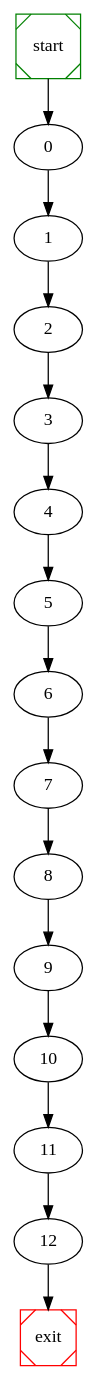
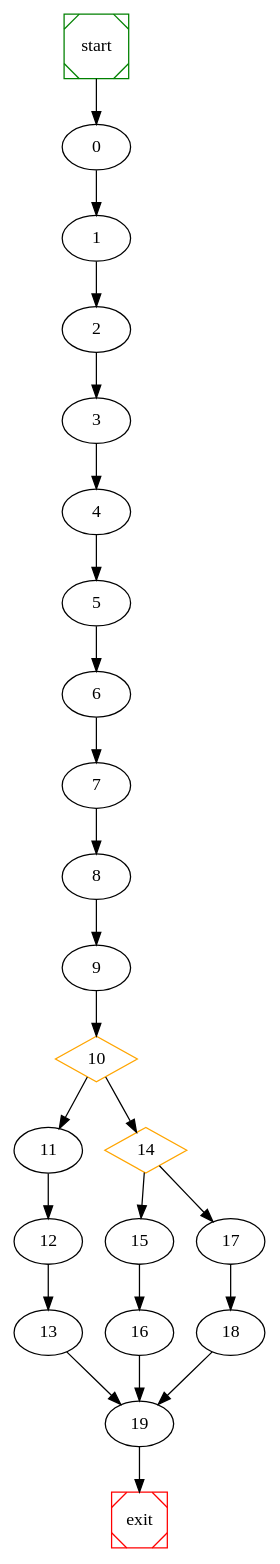
The diagram in wpc/raw_graph.dot (NabeelQaiser/BTP_2k18-19), drawn with Graphviz before and after one commit. The commit also changed 6 other files, not shown here.

```diff
--- a/wpc/raw_graph.dot
+++ b/wpc/raw_graph.dot
@@ -1,21 +1,32 @@
 # dot file created at runtime
 
 digraph G {
 	start -> 0;
 	0 -> 1 ;
 	1 -> 2 ;
 	2 -> 3 ;
 	3 -> 4 ;
 	4 -> 5 ;
 	5 -> 6 ;
 	6 -> 7 ;
 	7 -> 8 ;
 	8 -> 9 ;
+	10 [shape=diamond, color=orange] ;
+	11 -> 12 ;
+	12 -> 13 ;
+	10 -> 11 ;
+	14 [shape=diamond, color=orange] ;
+	10 -> 14 ;
+	15 -> 16 ;
+	14 -> 15 ;
+	17 -> 18 ;
+	14 -> 17 ;
 	9 -> 10 ;
-	10 -> 11 ;
-	11 -> 12 ;
-	12 -> exit;
+	13 -> 19 ;
+	18 -> 19 ;
+	16 -> 19 ;
+	19 -> exit;
 
 	start [shape=Msquare, color=green];
 	exit [shape=Msquare, color=red];
 }
```
